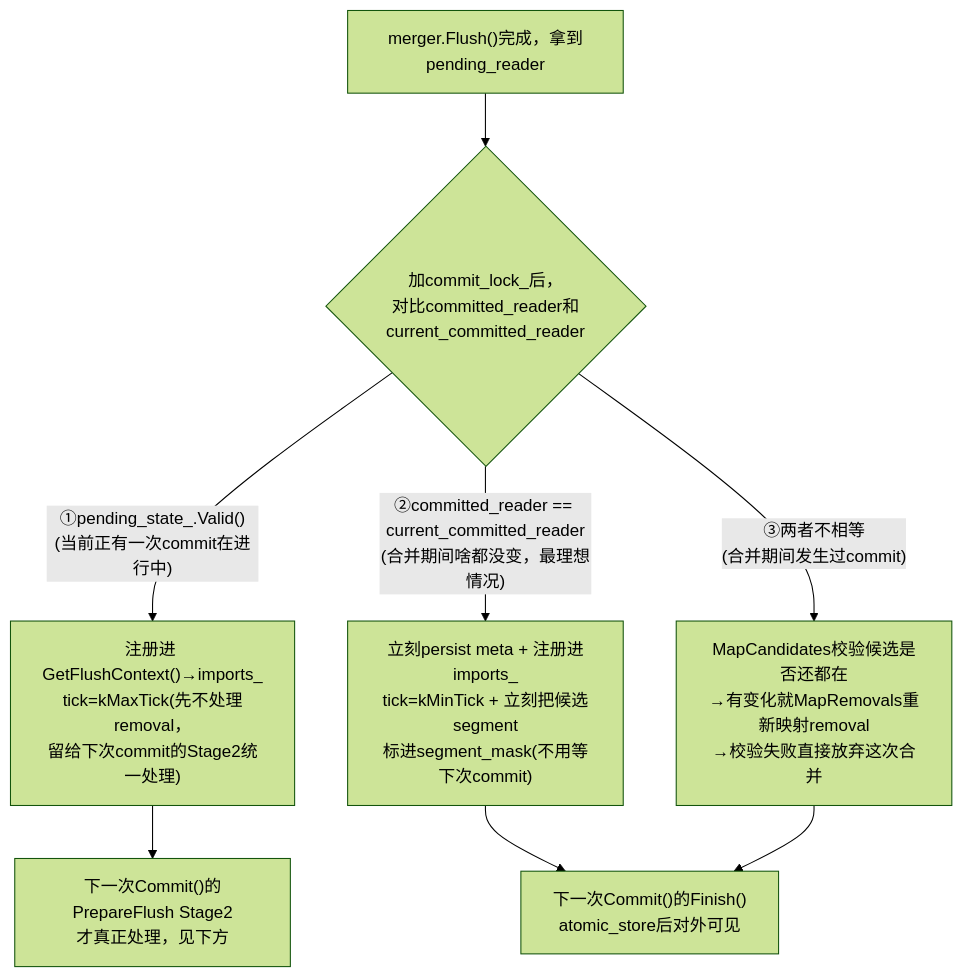
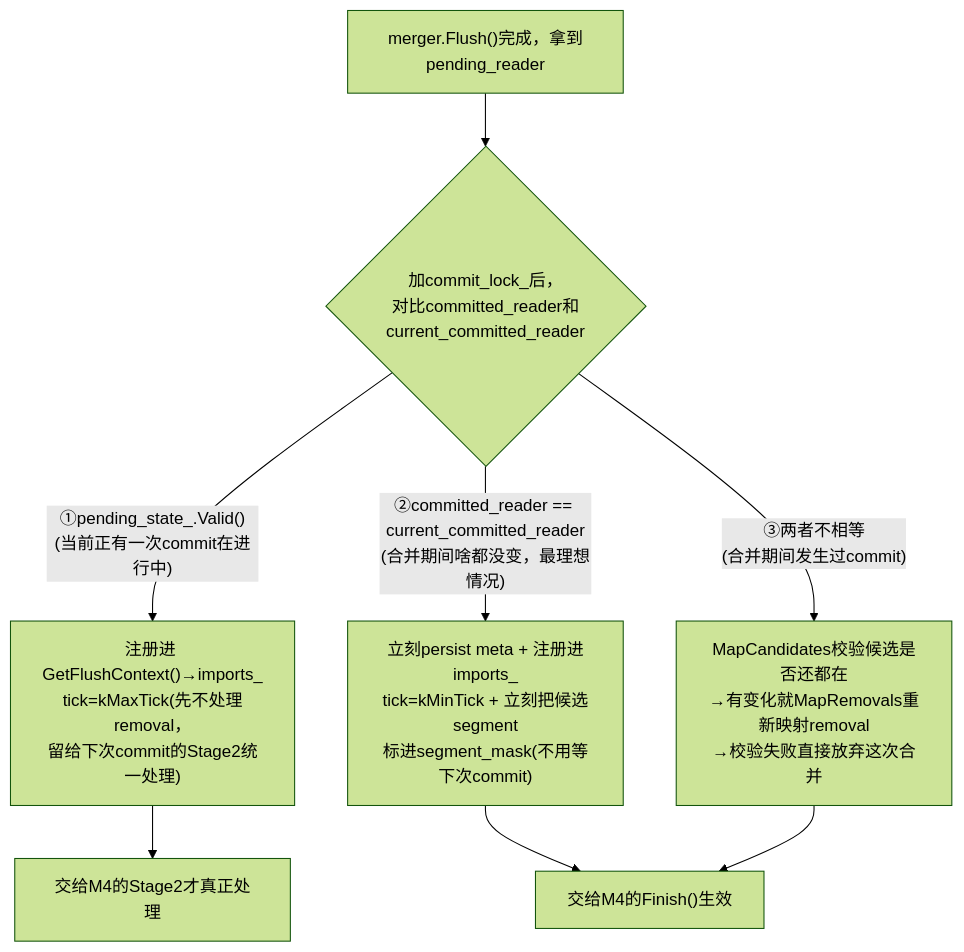
The sixth of 6 diagrams in study/consolidation_merge_workflow.md (littledoglily/iresearch), drawn with Mermaid (forest theme) before and after one commit. The commit also changed other lines of this file and 13 other files, not shown here.

````diff
--- a/study/consolidation_merge_workflow.md
+++ b/study/consolidation_merge_workflow.md
@@ -208,10 +230,10 @@
 ```mermaid
 graph TD
     Start["merger.Flush()完成，拿到pending_reader"] --> Check{"加commit_lock_后，<br/>对比committed_reader和current_committed_reader"}
     Check -->|"①pending_state_.Valid()<br/>(当前正有一次commit在进行中)"| B1["注册进 GetFlushContext()→imports_<br/>tick=kMaxTick(先不处理removal，<br/>留给下次commit的Stage2统一处理)"]
     Check -->|"②committed_reader == current_committed_reader<br/>(合并期间啥都没变，最理想情况)"| B2["立刻persist meta + 注册进imports_<br/>tick=kMinTick + 立刻把候选segment<br/>标进segment_mask(不用等下次commit)"]
     Check -->|"③两者不相等<br/>(合并期间发生过commit)"| B3["MapCandidates校验候选是否还都在<br/>→有变化就MapRemovals重新映射removal<br/>→校验失败直接放弃这次合并"]
-    B1 --> Next["下一次Commit()的PrepareFlush Stage2<br/>才真正处理，见下方"]
-    B2 --> Visible["下一次Commit()的Finish()<br/>atomic_store后对外可见"]
+    B1 --> Next["交给M4的Stage2才真正处理"]
+    B2 --> Visible["交给M4的Finish()生效"]
     B3 --> Visible
 ```
````
